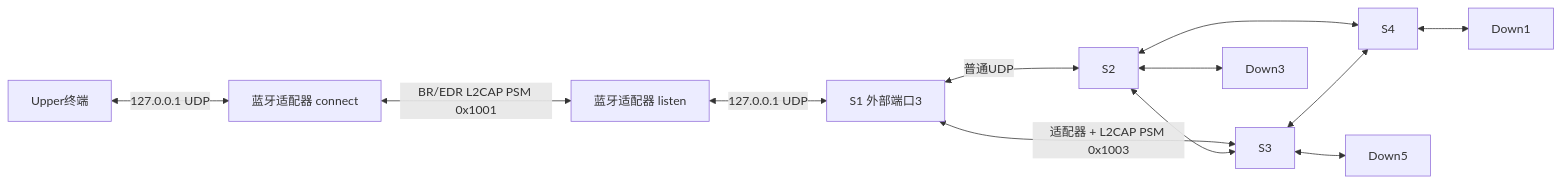
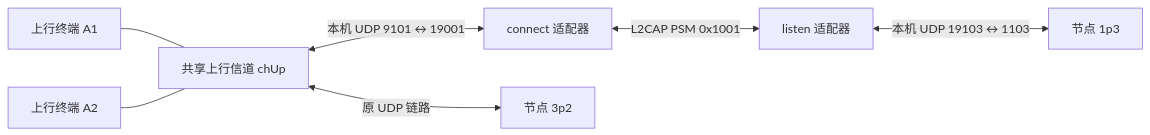
Before and after one commit to github-shen/cs-project-20261030: the diagram in docs/bluetooth.md, drawn with Mermaid. The commit also changed other lines of this file and 111 other files, not shown here.

````diff
--- a/docs/bluetooth.md
+++ b/docs/bluetooth.md
@@ -7,14 +23,9 @@
 ```mermaid
 flowchart LR
-  H[Upper终端] <-->|127.0.0.1 UDP| BC[蓝牙适配器 connect]
-  BC <-->|BR/EDR L2CAP PSM 0x1001| BS[蓝牙适配器 listen]
-  BS <-->|127.0.0.1 UDP| S1[S1 外部端口3]
-  S1 <-->|普通UDP| S2[S2]
-  S1 <-->|适配器 + L2CAP PSM 0x1003| S3[S3]
-  S2 <--> S3
-  S2 <--> S4[S4]
-  S3 <--> S4
-  S2 <--> D3[Down3]
-  S3 <--> D5[Down5]
-  S4 <--> D1[Down1]
+    A1[上行终端 A1] --- CH[共享上行信道 chUp]
+    A2[上行终端 A2] --- CH
+    CH <-->|"本机 UDP 9101 ↔ 19001"| BC[connect 适配器]
+    BC <-->|"L2CAP PSM 0x1001"| BS[listen 适配器]
+    BS <-->|"本机 UDP 19103 ↔ 1103"| N1[节点 1p3]
+    CH <-->|"原 UDP 链路"| N3[节点 3p2]
 ```
````
